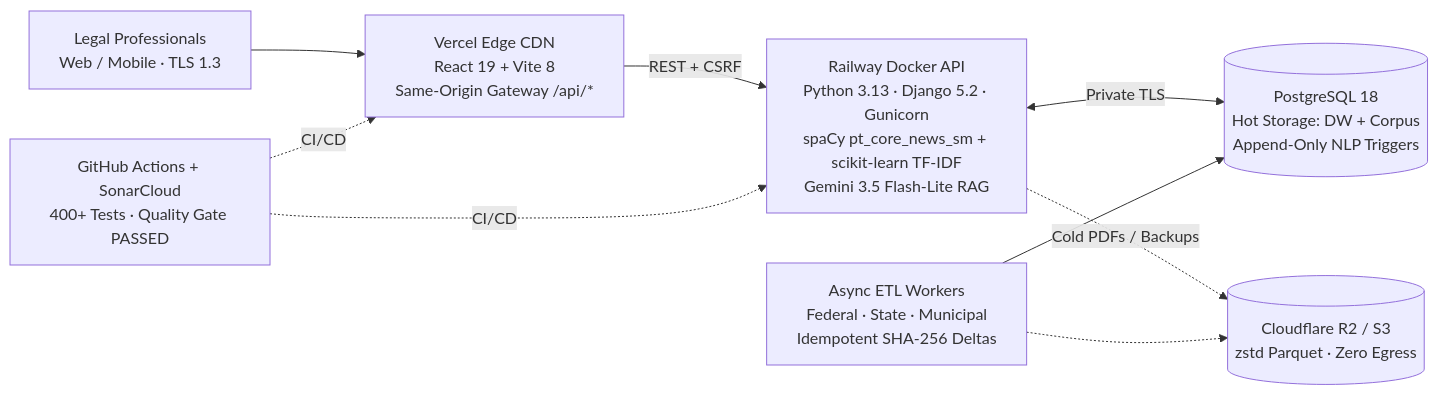
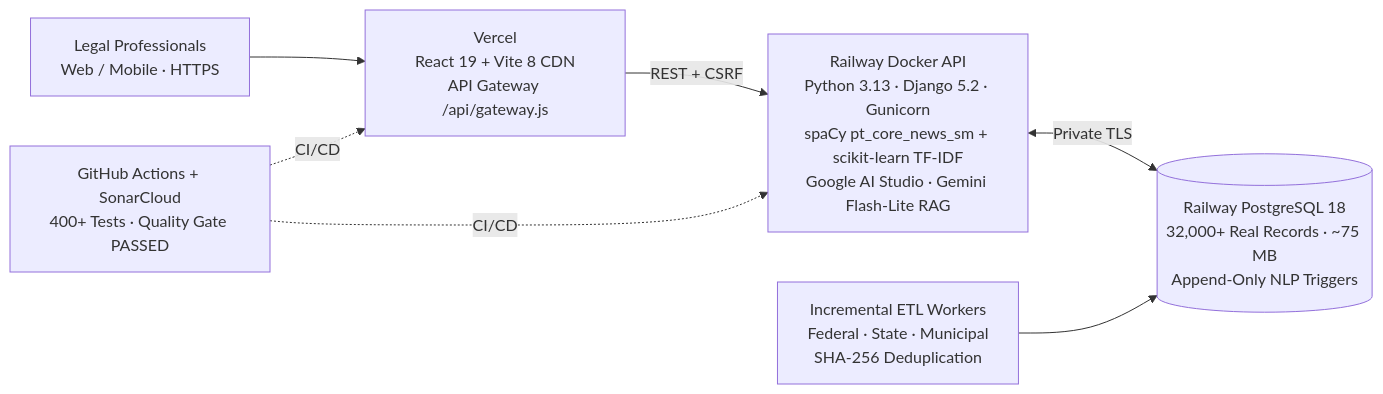
One commit to DatumLex/documentation changed the diagram in architecture/hosting-and-scalability.md. Above: the diagram before and after it, drawn with Mermaid. The commit also changed other lines of this file and 1 other file, not shown here.

Commit message:
docs: simplify v3.0 proposal PDF to 4 pages with direct Vercel/Railway/Google AI Studio costs

````diff
--- a/architecture/hosting-and-scalability.md
+++ b/architecture/hosting-and-scalability.md
@@ -13,11 +13,9 @@
 ```mermaid
 flowchart LR
-    U[Legal Professionals<br/>Web / Mobile · TLS 1.3] --> V[Vercel Edge CDN<br/>React 19 + Vite 8<br/>Same-Origin Gateway /api/*]
-    V -->|REST + CSRF| R[Railway Docker API<br/>Python 3.13 · Django 5.2 · Gunicorn<br/>spaCy pt_core_news_sm + scikit-learn TF-IDF<br/>Gemini 3.5 Flash-Lite RAG]
-    R <-->|Private TLS| DB[(PostgreSQL 18<br/>Hot Storage: DW + Corpus<br/>Append-Only NLP Triggers)]
-    R -.->|Cold PDFs / Backups| R2[(Cloudflare R2 / S3<br/>zstd Parquet · Zero Egress)]
-    ETL[Async ETL Workers<br/>Federal · State · Municipal<br/>Idempotent SHA-256 Deltas] --> DB
-    ETL -.-> R2
+    U[Legal Professionals<br/>Web / Mobile · HTTPS] --> V[Vercel<br/>React 19 + Vite 8 CDN<br/>API Gateway /api/gateway.js]
+    V -->|REST + CSRF| R[Railway Docker API<br/>Python 3.13 · Django 5.2 · Gunicorn<br/>spaCy pt_core_news_sm + scikit-learn TF-IDF<br/>Google AI Studio · Gemini Flash-Lite RAG]
+    R <-->|Private TLS| DB[(Railway PostgreSQL 18<br/>32,000+ Real Records · ~75 MB<br/>Append-Only NLP Triggers)]
+    ETL[Incremental ETL Workers<br/>Federal · State · Municipal<br/>SHA-256 Deduplication] --> DB
     GH[GitHub Actions + SonarCloud<br/>400+ Tests · Quality Gate PASSED] -.->|CI/CD| V
     GH -.->|CI/CD| R
 ```
````
